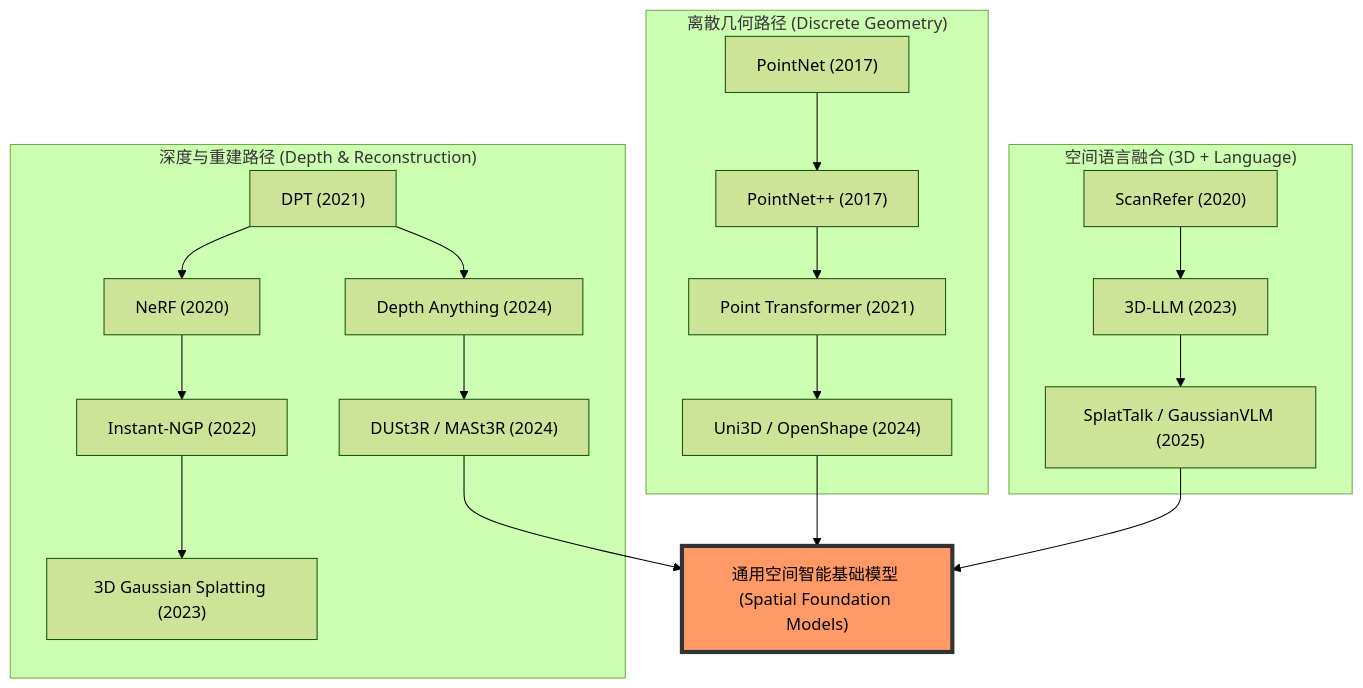
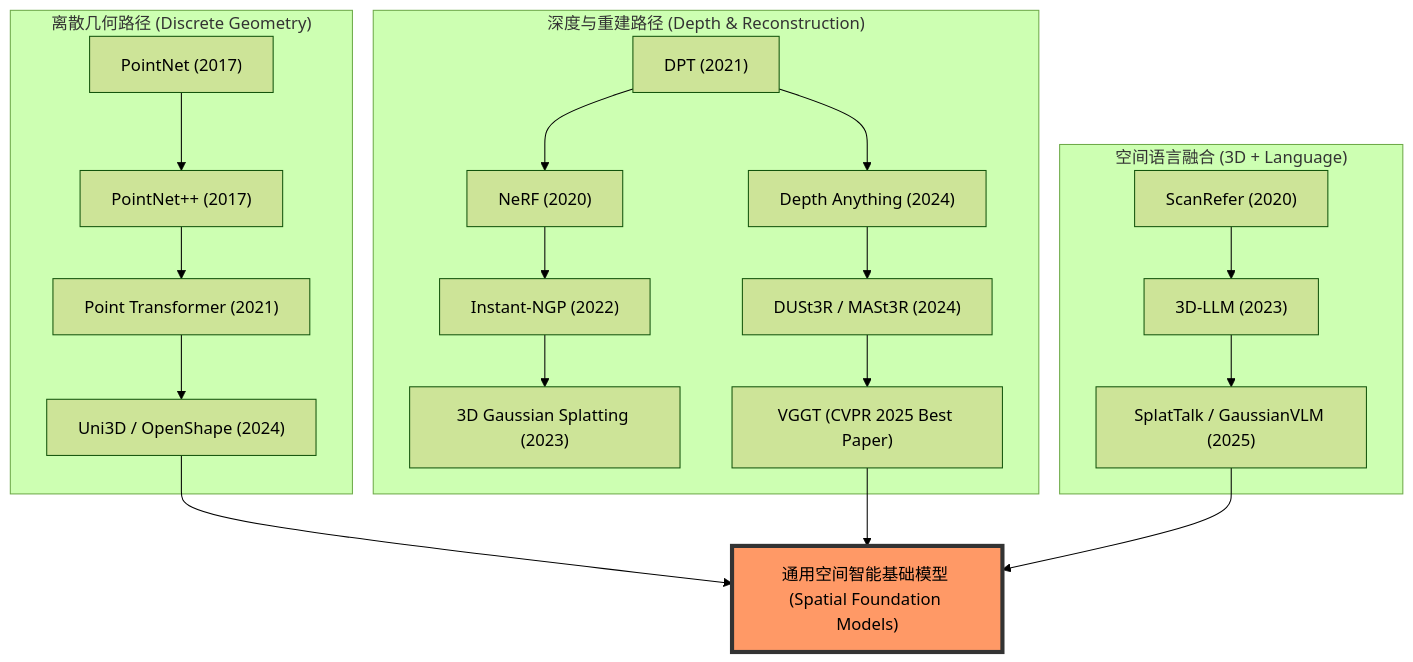
One commit to TingdeLiu/tingdeliu.github.io changed the diagram in _posts/2026-04-29-Spatial-Intelligence-Survey.md. Above: the diagram before and after it, drawn with Mermaid (forest theme). The commit also changed other lines of this file and 5 other files, not shown here.

````diff
--- a/_posts/2026-04-29-Spatial-Intelligence-Survey.md
+++ b/_posts/2026-04-29-Spatial-Intelligence-Survey.md
@@ -80,29 +80,30 @@
 ```mermaid
 graph TD
     %% 路径 1: 点云/离散几何
     subgraph Path_Point ["离散几何路径 (Discrete Geometry)"]
         P1["PointNet (2017)"] --> P2["PointNet++ (2017)"]
         P2 --> P3["Point Transformer (2021)"]
         P3 --> P4["Uni3D / OpenShape (2024)"]
     end
 
     %% 路径 2: 深度/重建
     subgraph Path_Recon ["深度与重建路径 (Depth & Reconstruction)"]
         R1["DPT (2021)"] --> R2["Depth Anything (2024)"]
         R1 --> R3["NeRF (2020)"]
         R3 --> R4["Instant-NGP (2022)"]
         R4 --> R5["3D Gaussian Splatting (2023)"]
         R2 --> R6["DUSt3R / MASt3R (2024)"]
+        R6 --> R7["VGGT (CVPR 2025 Best Paper)"]
     end
 
     %% 路径 3: 空间语言模型
     subgraph Path_Lang ["空间语言融合 (3D + Language)"]
         L1["ScanRefer (2020)"] --> L2["3D-LLM (2023)"]
         L2 --> L3["SplatTalk / GaussianVLM (2025)"]
     end
 
     %% 汇聚点
-    P4 & R6 & L3 --> F["通用空间智能基础模型 (Spatial Foundation Models)"]
+    P4 & R7 & L3 --> F["通用空间智能基础模型 (Spatial Foundation Models)"]
 
     style F fill:#f96,stroke:#333,stroke-width:4px
 ```
````
